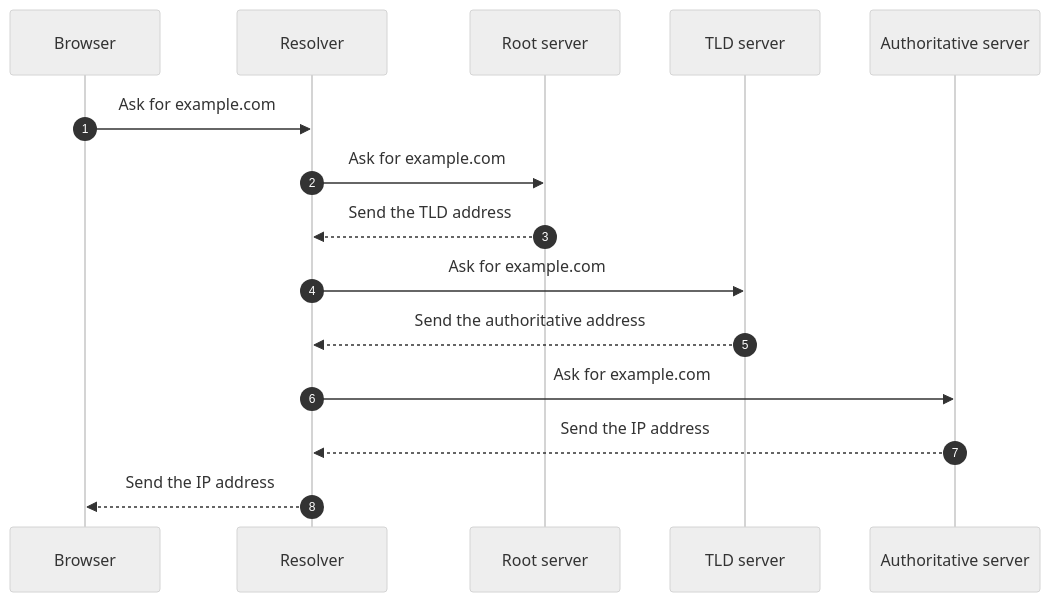
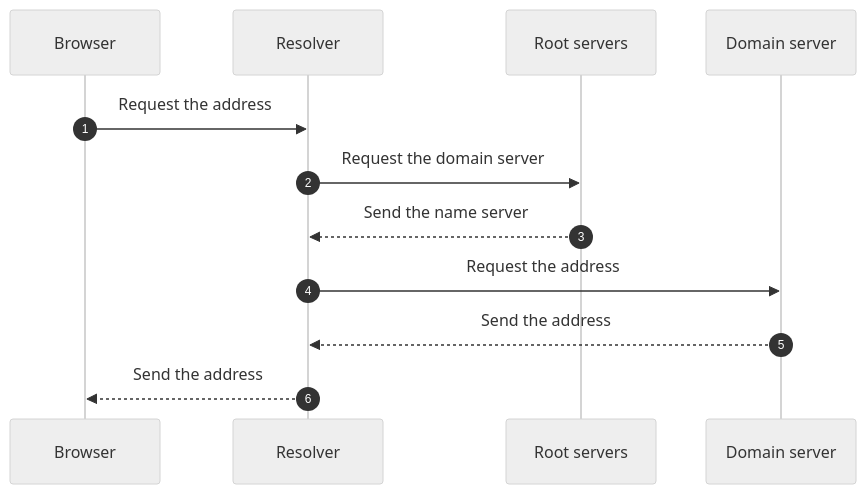
The diagram in docs/tutorials/examples/explain-dns-diagram.md (stayukasabov/Stayux-Clear-Answer), drawn with Mermaid before and after one commit. The commit also changed other lines of this file and 8 other files, not shown here.

First line of the commit message:
Rewrite the diagram and HTML tutorials for the new commands

````diff
--- a/docs/tutorials/examples/explain-dns-diagram.md
+++ b/docs/tutorials/examples/explain-dns-diagram.md
@@ -5,18 +5,15 @@
 ```mermaid
 %%{init: {"theme": "neutral"}}%%
 sequenceDiagram
     autonumber
     participant B as Browser
     participant R as Resolver
-    participant Root as Root server
-    participant T as TLD server
-    participant A as Authoritative server
-    B->>R: Ask for example.com
-    R->>Root: Ask for example.com
-    Root-->>R: Send the TLD address
-    R->>T: Ask for example.com
-    T-->>R: Send the authoritative address
-    R->>A: Ask for example.com
-    A-->>R: Send the IP address
-    R-->>B: Send the IP address
+    participant T as Root servers
+    participant N as Domain server
+    B->>R: Request the address
+    R->>T: Request the domain server
+    T-->>R: Send the name server
+    R->>N: Request the address
+    N-->>R: Send the address
+    R-->>B: Send the address
 ```
````
